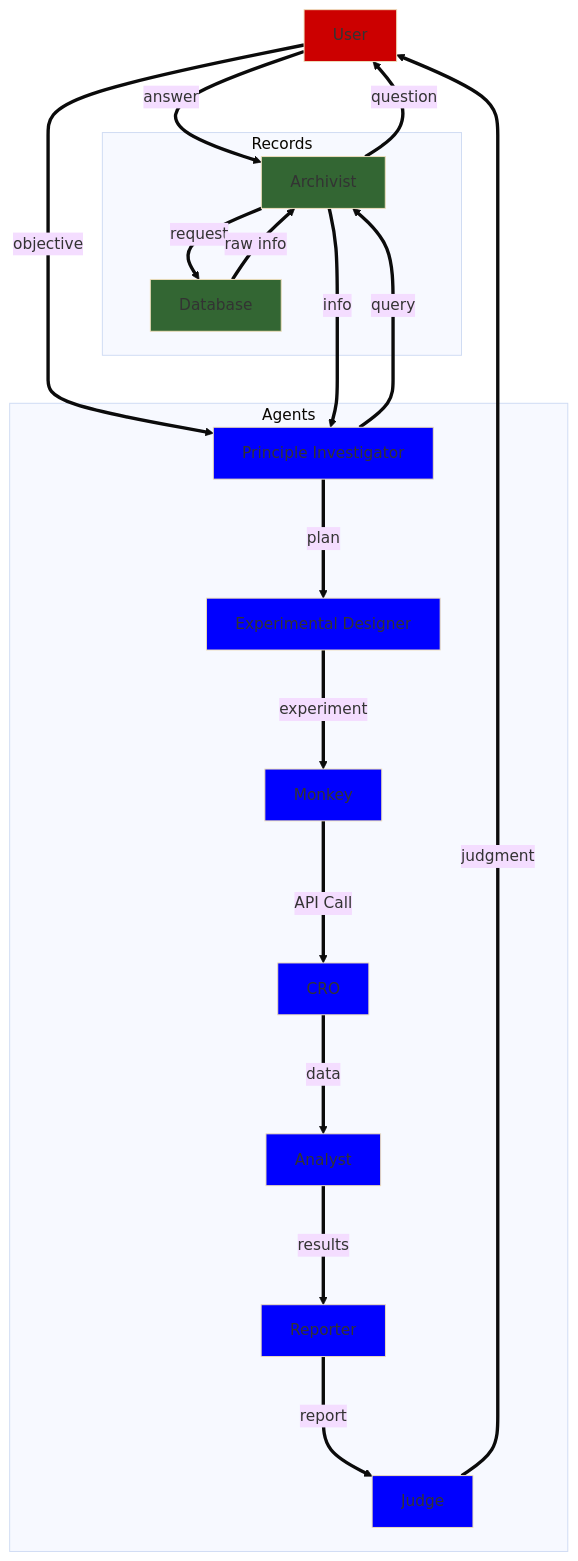
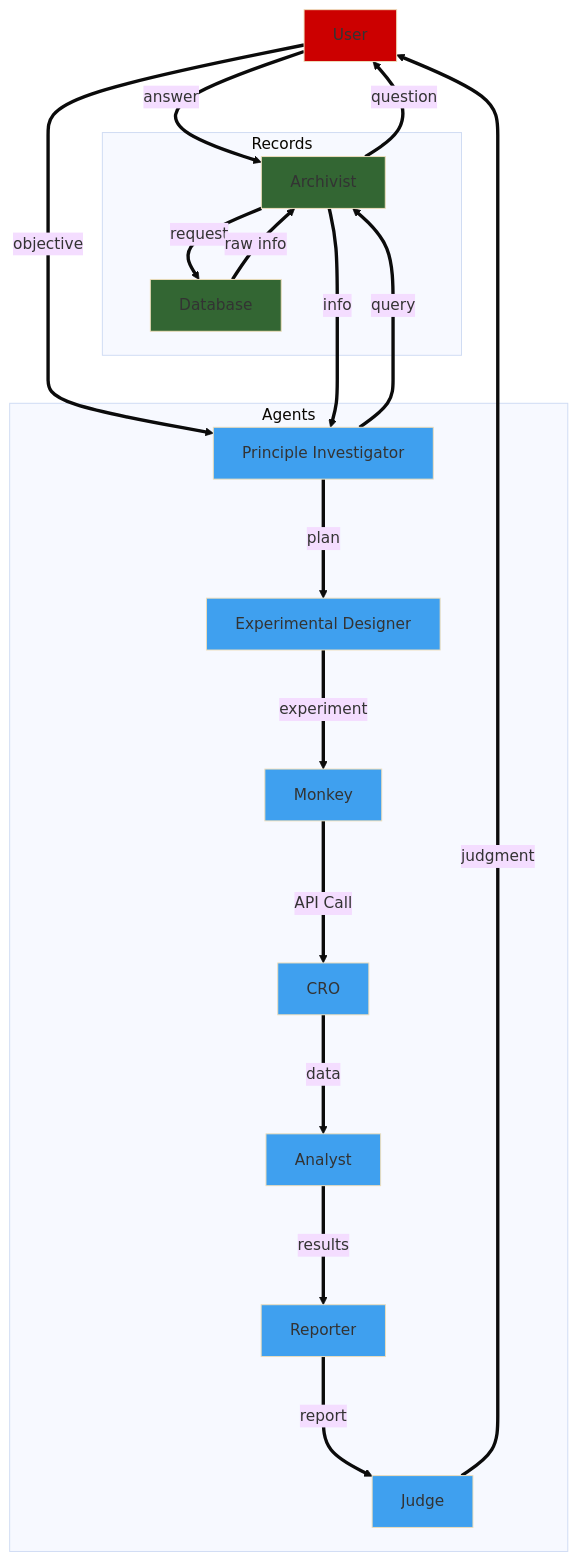
One commit to RoboResearchers/RoboResearcher changed the diagram in README.md. Above: the diagram before and after it, drawn with Mermaid (base theme).

Commit message:
Made Mermaid chart

````diff
--- a/README.md
+++ b/README.md
@@ -33,45 +33,45 @@
 ```mermaid
 graph TB
     classDef usercolor fill:#c00
-    classDef agentcolor fill:#00F
+    classDef agentcolor fill:#3FA0EF
     classDef recordcolor fill:#363
     
         U1[User]:::usercolor
 
     subgraph Agents
         %% A1[Head]:::agentcolor
         PI[Principle Investigator]:::agentcolor
         ED[Experimental Designer]:::agentcolor
         M[Monkey]:::agentcolor
         CRO[CRO]:::agentcolor
         AN[Analyst]:::agentcolor
         RP[Reporter]:::agentcolor
         J[Judge]:::agentcolor
     end
 
     subgraph Records
         %% R1[Head]:::recordcolor
         AR[Archivist]:::recordcolor
         DB[Database]:::recordcolor
     end
 
    %% U1 == objective ==> PI
     U1 == answer ==> AR
 
     PI == query ===> AR
     U1 == objective ===> PI
     PI == plan ===> ED
     ED == experiment ===> M
     M == API Call ===> CRO
     CRO == data ===> AN
     AN == results ===> RP
     RP == report ===> J
     J == judgment ===> U1
 
     AR == question ==> U1
     %% R1 == info ==> PI
     AR == request ==> DB
     DB == raw info ==> AR
     AR == info ==> PI
 
 ```
````
